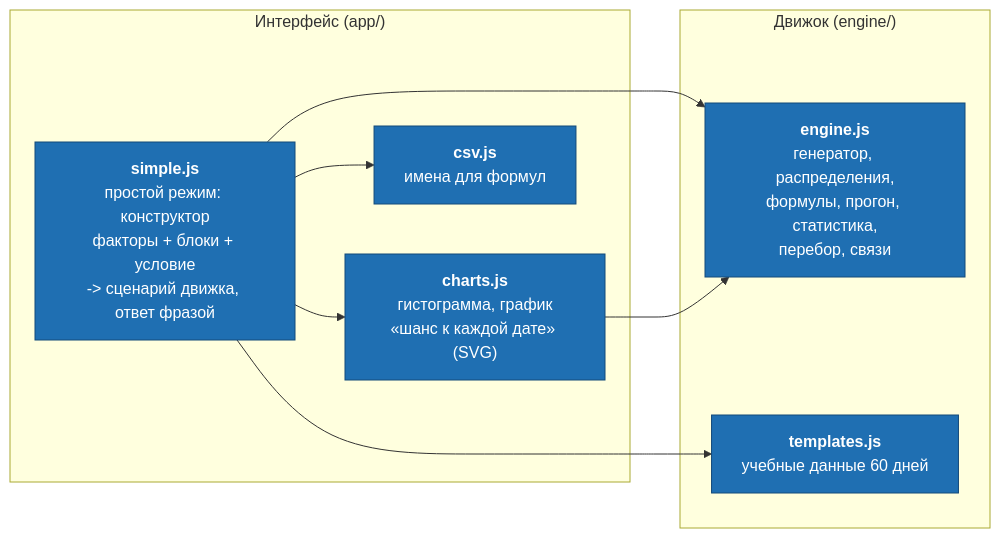
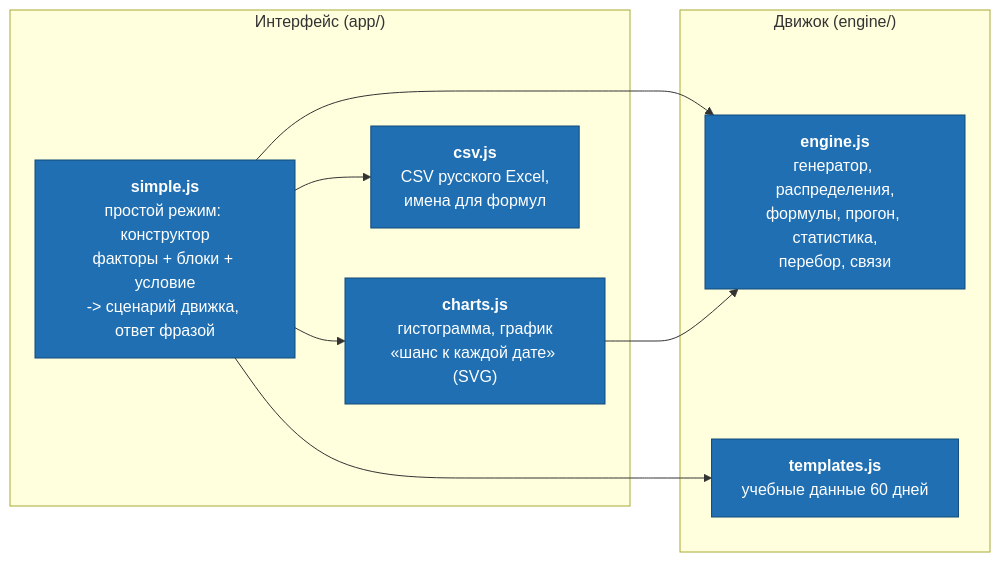
The third of 3 diagrams in docs/архитектура.md (maksim-121/probability-analyzer), drawn with Mermaid before and after one commit. The commit also changed other lines of this file and 12 other files, not shown here.

````diff
--- a/docs/архитектура.md
+++ b/docs/архитектура.md
@@ -67,20 +68,20 @@
 ```mermaid
 flowchart LR
     subgraph ui["Интерфейс (app/)"]
         simple["<b>simple.js</b><br/>простой режим: конструктор<br/>факторы + блоки + условие<br/>-> сценарий движка, ответ фразой"]
         charts["<b>charts.js</b><br/>гистограмма, график<br/>«шанс к каждой дате» (SVG)"]
-        csv["<b>csv.js</b><br/>имена для формул"]
+        csv["<b>csv.js</b><br/>CSV русского Excel,<br/>имена для формул"]
     end
     subgraph core["Движок (engine/)"]
         eng["<b>engine.js</b><br/>генератор, распределения,<br/>формулы, прогон, статистика,<br/>перебор, связи"]
         tpl["<b>templates.js</b><br/>учебные данные 60 дней"]
     end
     simple --> eng
     simple --> charts
     simple --> csv
     simple --> tpl
     charts --> eng
 
     classDef comp fill:#1f6fb2,stroke:#134a7a,color:#ffffff
     class simple,charts,csv,eng,tpl comp
 ```
````
